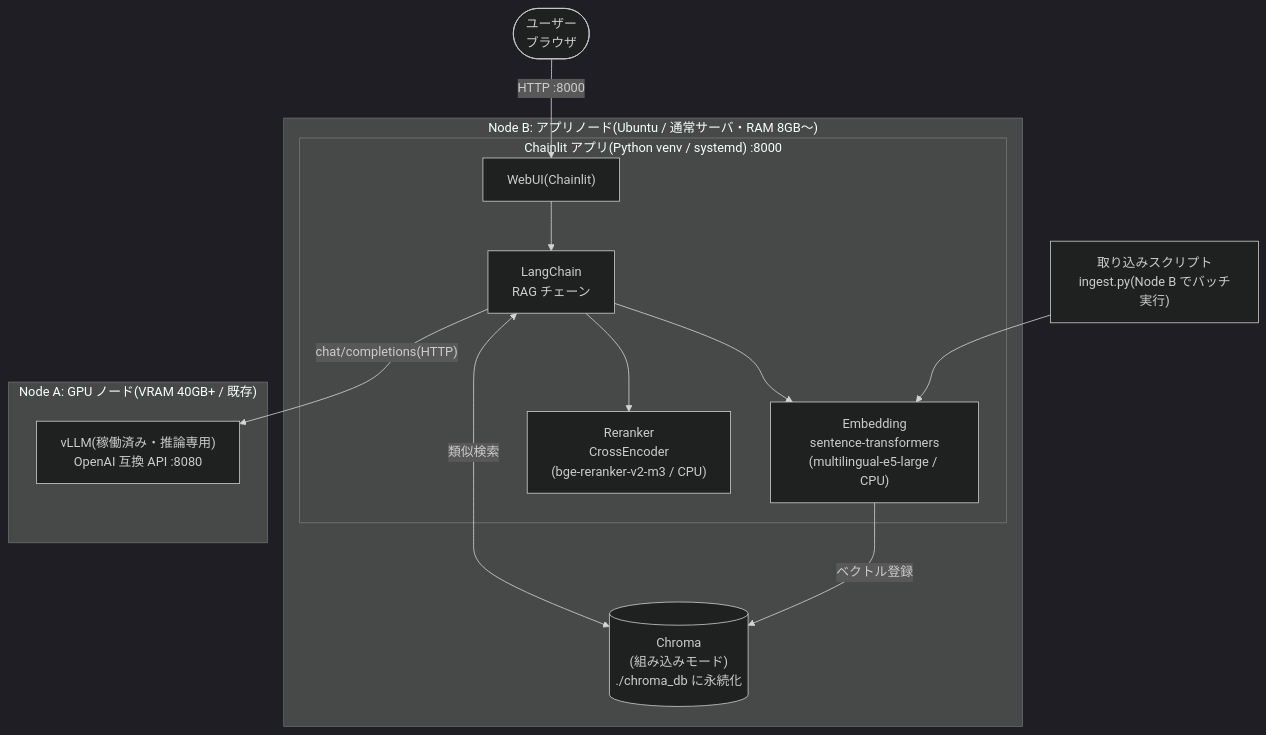
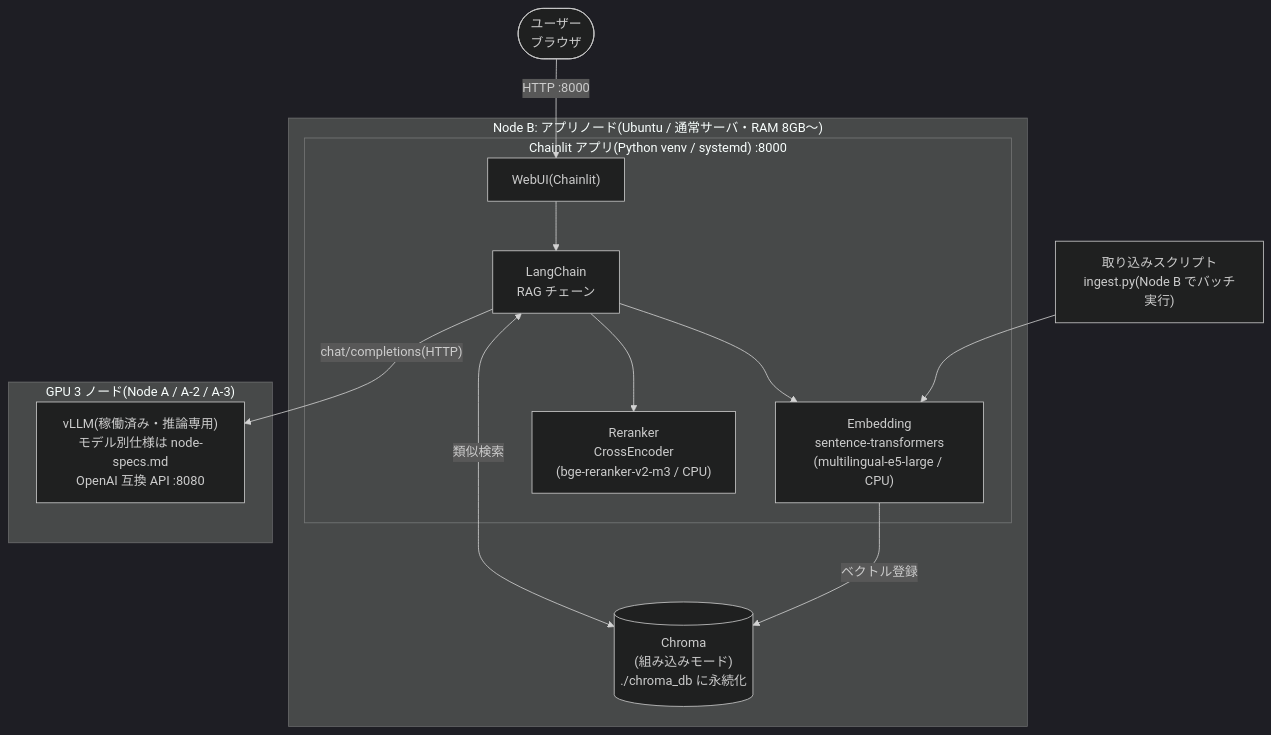
The diagram in 01-design/plan1-minimal.md (irimura/rag-system), drawn with Mermaid (dark theme) before and after one commit. The commit also changed other lines of this file and 16 other files, not shown here.

First line of the commit message:
Document three-node GPU inference architecture

````diff
--- a/01-design/plan1-minimal.md
+++ b/01-design/plan1-minimal.md
@@ -12,30 +12,30 @@
 ```mermaid
 flowchart TB
     U(["ユーザー<br/>ブラウザ"])
 
     subgraph nodeB["Node B: アプリノード(Ubuntu / 通常サーバ・RAM 8GB〜)"]
         subgraph app["Chainlit アプリ(Python venv / systemd) :8000"]
             UI["WebUI(Chainlit)"]
             LC["LangChain<br/>RAG チェーン"]
             EMB["Embedding<br/>sentence-transformers<br/>(multilingual-e5-large / CPU)"]
             RRK["Reranker<br/>CrossEncoder<br/>(bge-reranker-v2-m3 / CPU)"]
             UI --> LC
             LC --> EMB
             LC --> RRK
         end
 
         CH[("Chroma<br/>(組み込みモード)<br/>./chroma_db に永続化")]
 
         LC <-->|"類似検索"| CH
         EMB -->|"ベクトル登録"| CH
     end
 
-    subgraph nodeA["Node A: GPU ノード(VRAM 40GB+ / 既存)"]
-        VLLM["vLLM(稼働済み・推論専用)<br/>OpenAI 互換 API :8080"]
+    subgraph gpuNodes["GPU 3 ノード(Node A / A-2 / A-3)"]
+        VLLM["vLLM(稼働済み・推論専用)<br/>モデル別仕様は node-specs.md<br/>OpenAI 互換 API :8080"]
     end
 
     LC -->|"chat/completions(HTTP)"| VLLM
     U -->|"HTTP :8000"| UI
 
     ING["取り込みスクリプト<br/>ingest.py(Node B でバッチ実行)"] --> EMB
 ```
````
